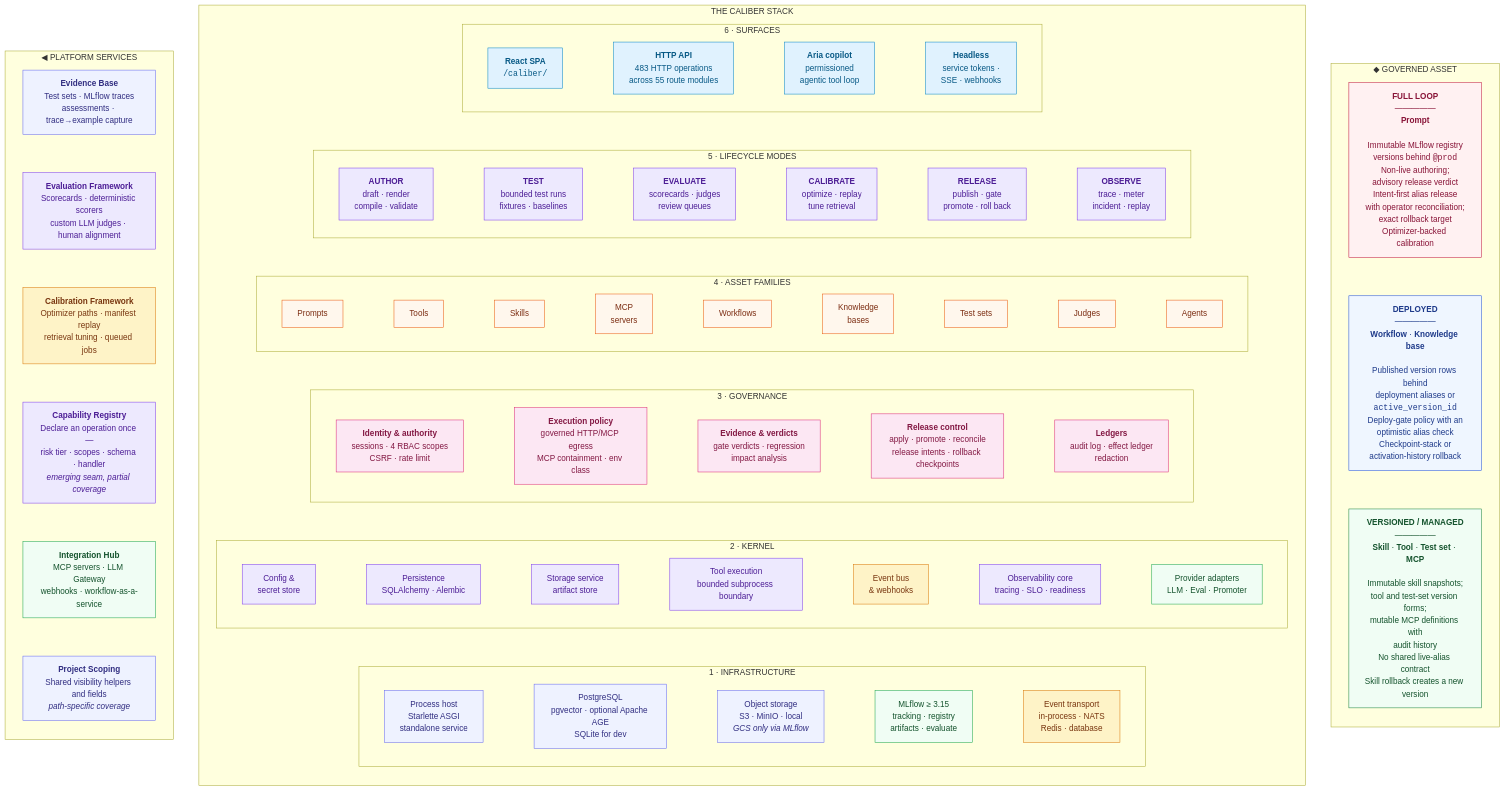
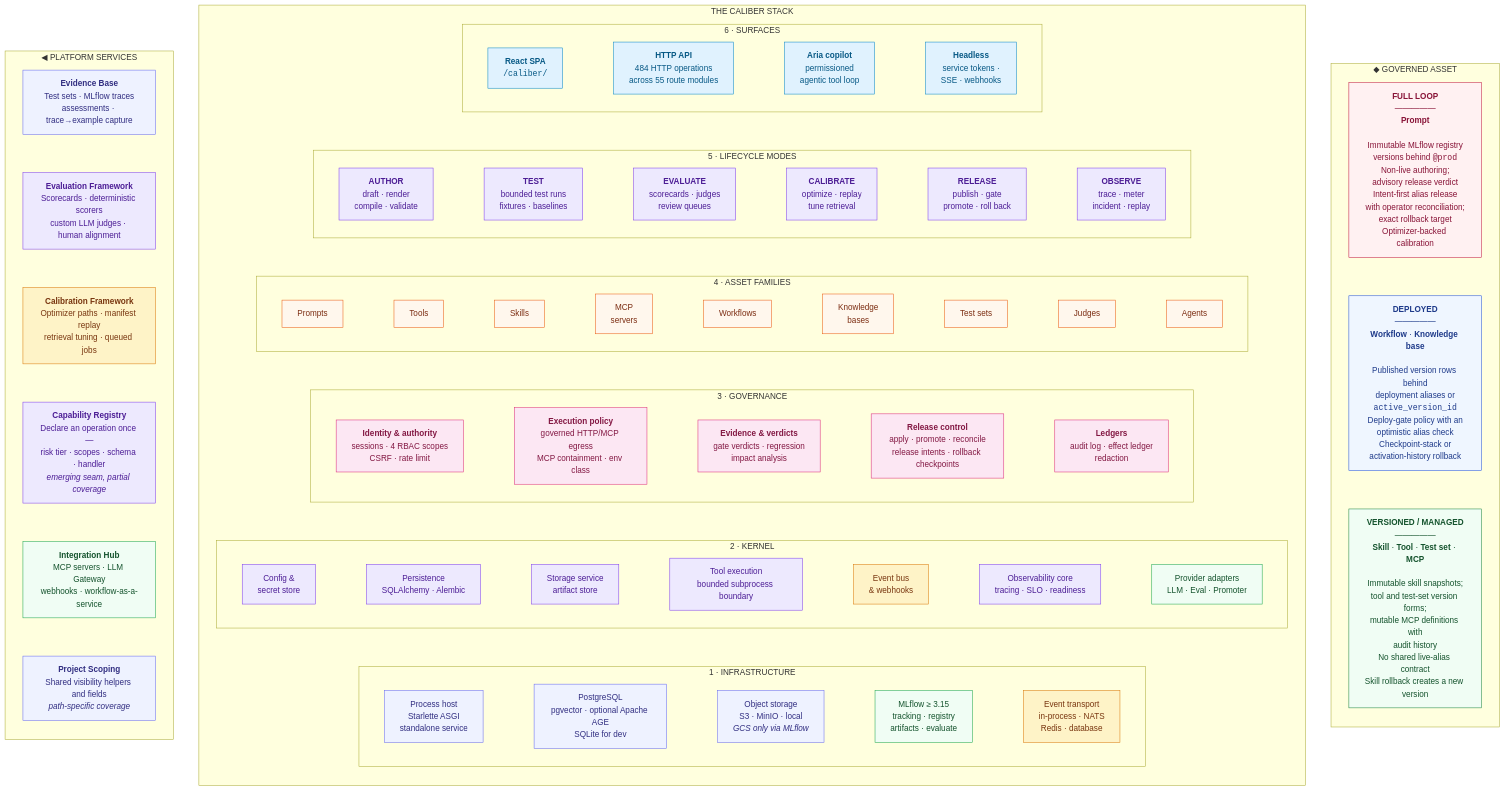
One commit to rrahimi-uci/caliber-suite changed the first of 8 diagrams in ARCHITECTURE.md. Above: the diagram before and after it, drawn with Mermaid. The commit also changed 32 other files, not shown here.

```diff
--- a/ARCHITECTURE.md
+++ b/ARCHITECTURE.md
@@ -105,7 +105,7 @@
     subgraph L6["6 · SURFACES"]
       direction LR
       s1["<b>React SPA</b><br/><code>/caliber/</code>"]:::ui
-      s2["<b>HTTP API</b><br/>483 HTTP operations<br/>across 55 route modules"]:::ui
+      s2["<b>HTTP API</b><br/>484 HTTP operations<br/>across 55 route modules"]:::ui
       s3["<b>Aria copilot</b><br/>permissioned<br/>agentic tool loop"]:::ui
       s4["<b>Headless</b><br/>service tokens ·<br/>SSE · webhooks"]:::ui
       s1 --- s2 --- s3 --- s4
```
